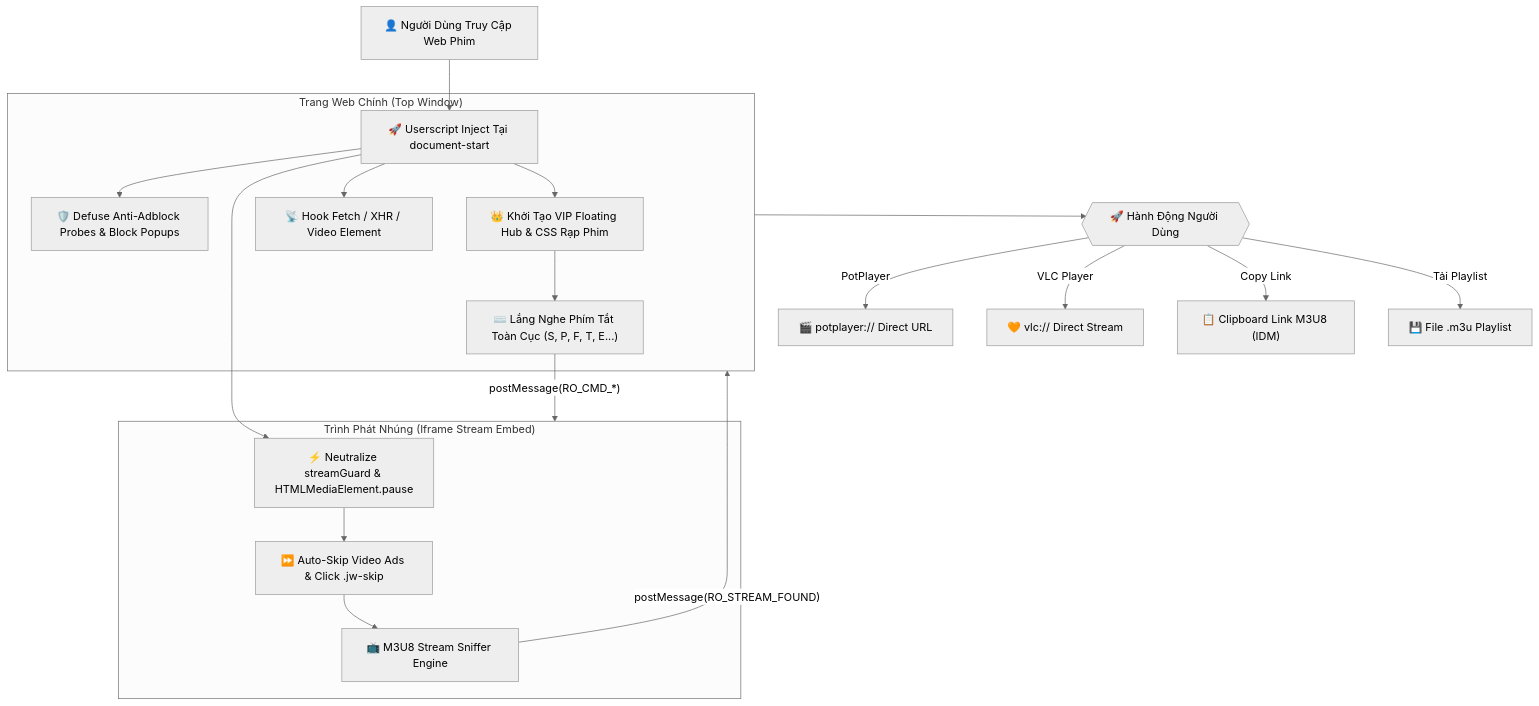
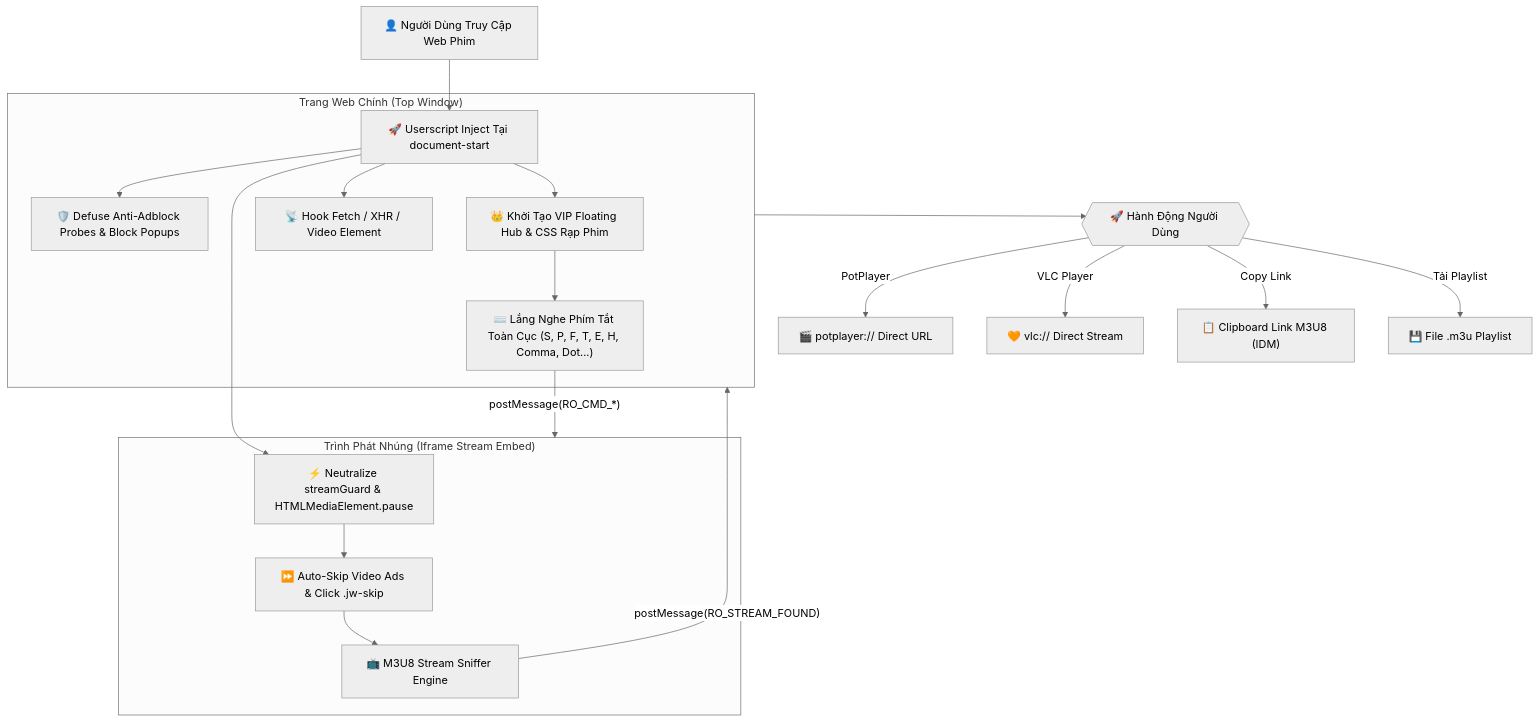
One commit to K4Z3X0R/bypass-webfilm changed the diagram in README.md. Above: the diagram before and after it, drawn with Mermaid (neutral theme). The commit also changed other lines of this file and 72 other files, not shown here.

````diff
--- a/README.md
+++ b/README.md
@@ -76,26 +79,26 @@
 ```mermaid
 flowchart TD
     User["👤 Người Dùng Truy Cập Web Phim"] --> Inject["🚀 Userscript Inject Tại document-start"]
     
     subgraph TopWindow["Trang Web Chính (Top Window)"]
         Inject --> Neutralize["🛡️ Defuse Anti-Adblock Probes & Block Popups"]
         Inject --> InjectHub["👑 Khởi Tạo VIP Floating Hub & CSS Rạp Phim"]
         Inject --> SniffFetch["📡 Hook Fetch / XHR / Video Element"]
-        InjectHub --> Hotkeys["⌨️ Lắng Nghe Phím Tắt Toàn Cục (S, P, F, T, E...)"]
+        InjectHub --> Hotkeys["⌨️ Lắng Nghe Phím Tắt Toàn Cục (S, P, F, T, E, H, Comma, Dot...)"]
     end
     
     subgraph IframeEmbed["Trình Phát Nhúng (Iframe Stream Embed)"]
         Inject --> DefuseGuard["⚡ Neutralize streamGuard & HTMLMediaElement.pause"]
         DefuseGuard --> SkipAd["⏩ Auto-Skip Video Ads & Click .jw-skip"]
         SkipAd --> SniffStream["📺 M3U8 Stream Sniffer Engine"]
     end
     
     SniffStream -- "postMessage(RO_STREAM_FOUND)" --> TopWindow
     Hotkeys -- "postMessage(RO_CMD_*)" --> IframeEmbed
     
     TopWindow --> LaunchDesktop{{"🚀 Hành Động Người Dùng"}}
     LaunchDesktop -->|"PotPlayer"| Pot["🎬 potplayer:// Direct URL"]
     LaunchDesktop -->|"VLC Player"| Vlc["🧡 vlc:// Direct Stream"]
     LaunchDesktop -->|"Copy Link"| Clip["📋 Clipboard Link M3U8 (IDM)"]
     LaunchDesktop -->|"Tải Playlist"| M3U["💾 File .m3u Playlist"]
 ```
````
